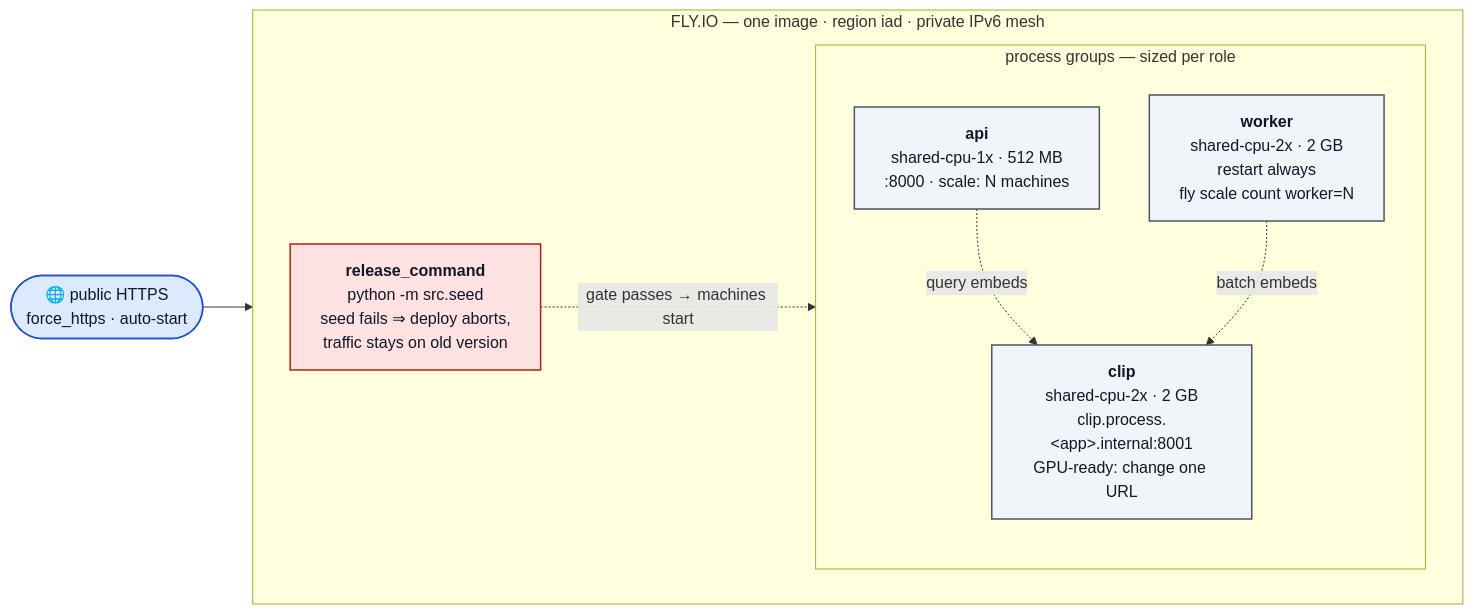
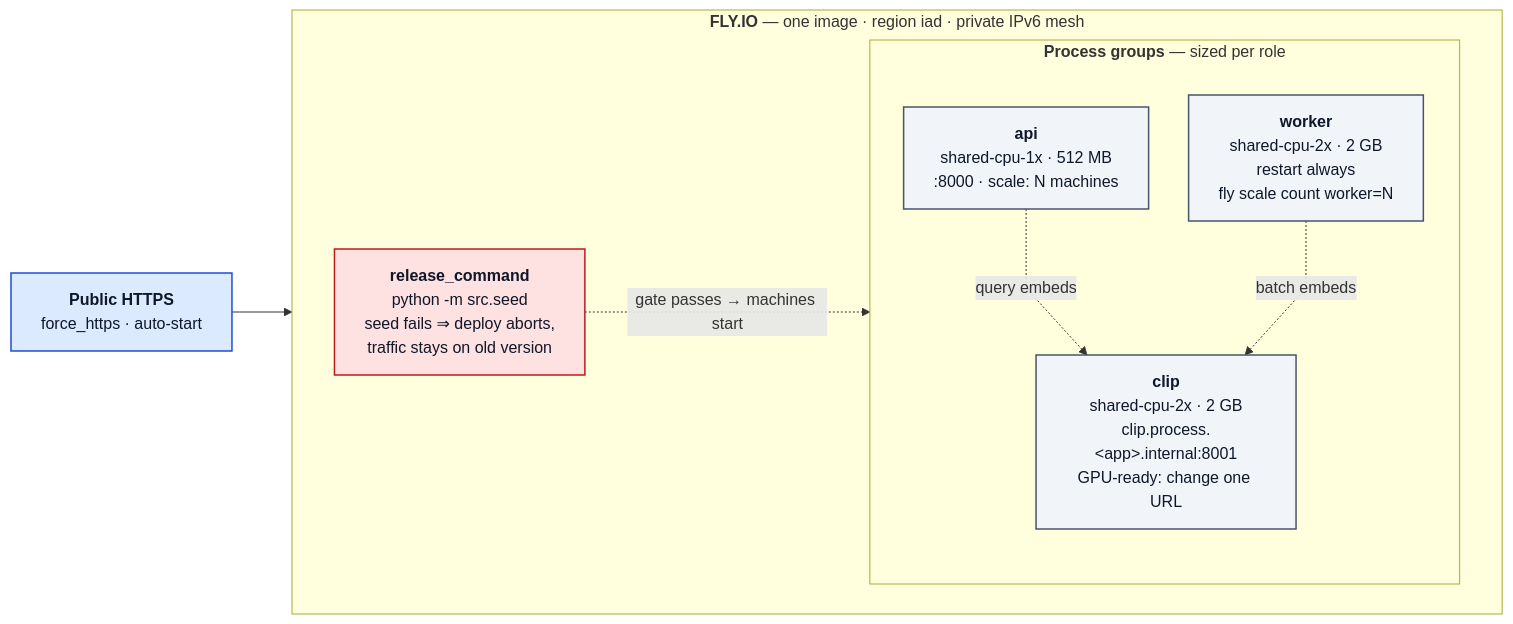
One commit to Bhardwaj-Saurabh/ScholarMomentSearch changed the second of 8 diagrams in ARCHITECTURE.md. Above: the diagram before and after it, drawn with Mermaid. The commit also changed other lines of this file, not shown here.

Commit message:
Polish HLD/mermaid diagrams: straight edges, bold headers, unified legend/palette

````diff
--- a/ARCHITECTURE.md
+++ b/ARCHITECTURE.md
@@ -147,24 +178,25 @@
 ```mermaid
+%%{init: {'flowchart': {'curve': 'linear', 'nodeSpacing': 40, 'rankSpacing': 60}}}%%
 flowchart LR
   classDef gate fill:#fee2e2,stroke:#b91c1c,stroke-width:1.5px,color:#0f172a
   classDef proc fill:#f1f5f9,stroke:#475569,stroke-width:1.5px,color:#0f172a
   classDef edge fill:#dbeafe,stroke:#1d4ed8,stroke-width:1.5px,color:#0f172a
 
-  WWW(["🌐 public HTTPS<br/>force_https · auto-start"]):::edge
+  WWW["<b>Public HTTPS</b><br/>force_https · auto-start"]:::edge
 
-  subgraph FLY ["FLY.IO — one image · region iad · private IPv6 mesh"]
+  subgraph FLY ["<b>FLY.IO</b> — one image · region iad · private IPv6 mesh"]
     direction LR
     REL["<b>release_command</b><br/>python -m src.seed<br/>seed fails ⇒ deploy aborts,<br/>traffic stays on old version"]:::gate
-    subgraph PROCS ["process groups — sized per role"]
+    subgraph PROCS ["<b>Process groups</b> — sized per role"]
       direction TB
       FAPI["<b>api</b><br/>shared-cpu-1x · 512 MB<br/>:8000 · scale: N machines"]:::proc
       FWK["<b>worker</b><br/>shared-cpu-2x · 2 GB<br/>restart always<br/>fly scale count worker=N"]:::proc
       FCLIP["<b>clip</b><br/>shared-cpu-2x · 2 GB<br/>clip.process.&lt;app&gt;.internal:8001<br/>GPU-ready: change one URL"]:::proc
     end
   end
 
   WWW --> FAPI
   REL -.->|"gate passes → machines start"| PROCS
   FAPI -.->|"query embeds"| FCLIP
   FWK -.->|"batch embeds"| FCLIP
 ```
````
